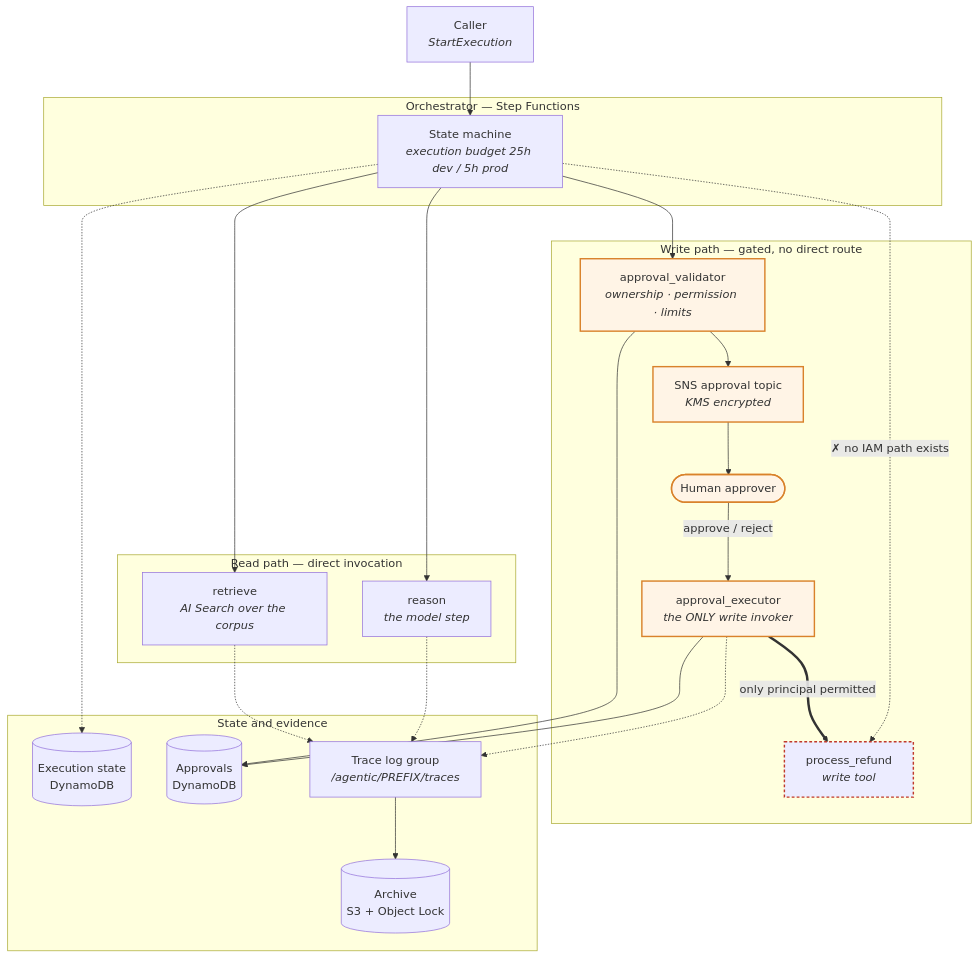
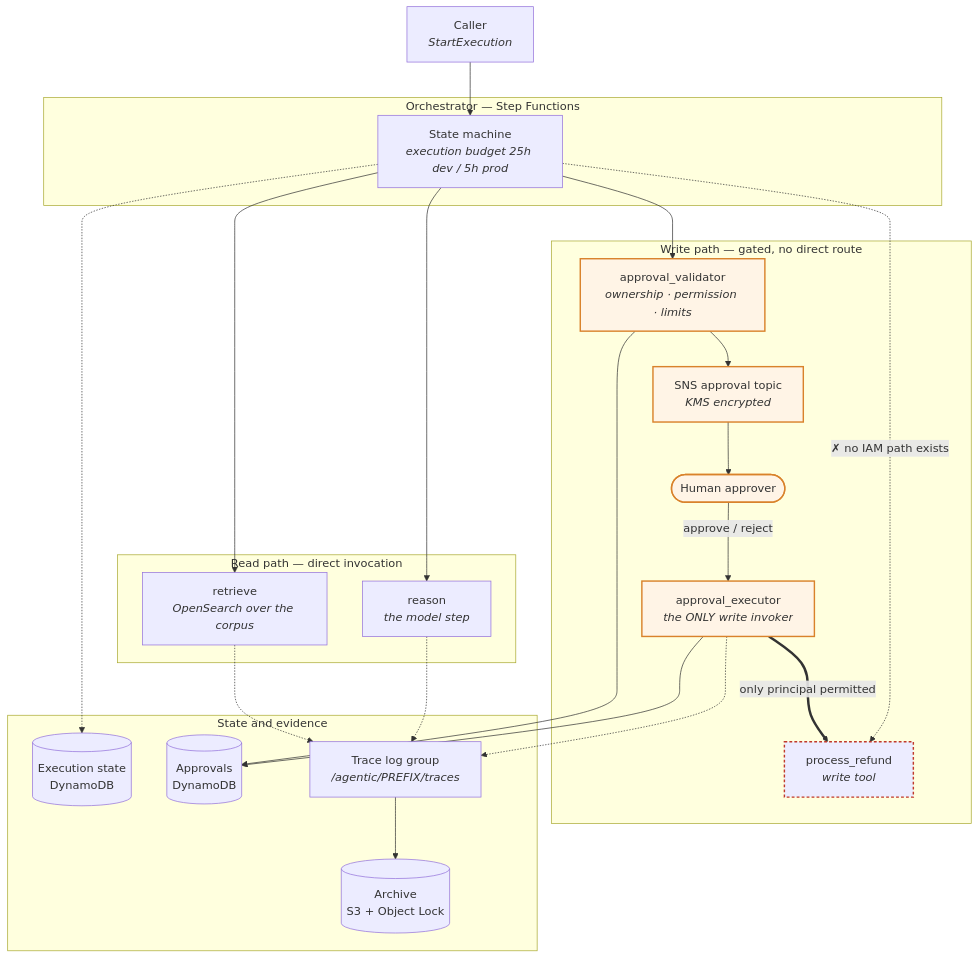
The first of 6 diagrams in infra/terraform-aws/ARCHITECTURE.md (somesh-ghaturle/Agentic-AI-Systems), drawn with Mermaid before and after one commit. The commit also changed other lines of this file and 8 other files, not shown here.

First line of the commit message:
Resolve the four contradictions the knowledge graph flagged

````diff
--- a/infra/terraform-aws/ARCHITECTURE.md
+++ b/infra/terraform-aws/ARCHITECTURE.md
@@ -23,52 +23,52 @@
 ```mermaid
 flowchart TB
     caller["Caller<br/><i>StartExecution</i>"]
 
     subgraph orch["Orchestrator — Step Functions"]
         sm["State machine<br/><i>execution budget 25h dev / 5h prod</i>"]
     end
 
     subgraph readpath["Read path — direct invocation"]
-        retrieve["retrieve<br/><i>AI Search over the corpus</i>"]
+        retrieve["retrieve<br/><i>OpenSearch over the corpus</i>"]
         reason["reason<br/><i>the model step</i>"]
     end
 
     subgraph writepath["Write path — gated, no direct route"]
         validator["approval_validator<br/><i>ownership · permission · limits</i>"]
         topic["SNS approval topic<br/><i>KMS encrypted</i>"]
         human(["Human approver"])
         executor["approval_executor<br/><i>the ONLY write invoker</i>"]
         writetool["process_refund<br/><i>write tool</i>"]
     end
 
     subgraph data["State and evidence"]
         ddbstate[("Execution state<br/>DynamoDB")]
         ddbappr[("Approvals<br/>DynamoDB")]
         traces["Trace log group<br/><i>/agentic/PREFIX/traces</i>"]
         archive[("Archive<br/>S3 + Object Lock")]
     end
 
     caller --> sm
     sm --> retrieve
     sm --> reason
     sm --> validator
     validator --> ddbappr
     validator --> topic
     topic --> human
     human -->|"approve / reject"| executor
     executor --> ddbappr
     executor ==>|"only principal permitted"| writetool
 
     sm -.-> ddbstate
     retrieve -.-> traces
     reason -.-> traces
     executor -.-> traces
     traces --> archive
 
     sm -.->|"✗ no IAM path exists"| writetool
 
     classDef gate fill:#fff4e6,stroke:#d9822b,stroke-width:2px
     classDef denied stroke:#c0392b,stroke-width:2px,stroke-dasharray:4 3
     class validator,topic,human,executor gate
     class writetool denied
 ```
````
